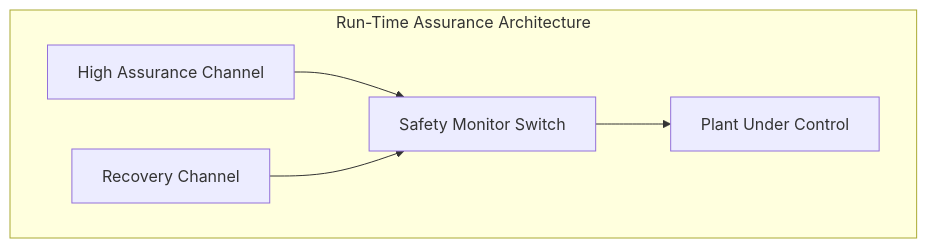
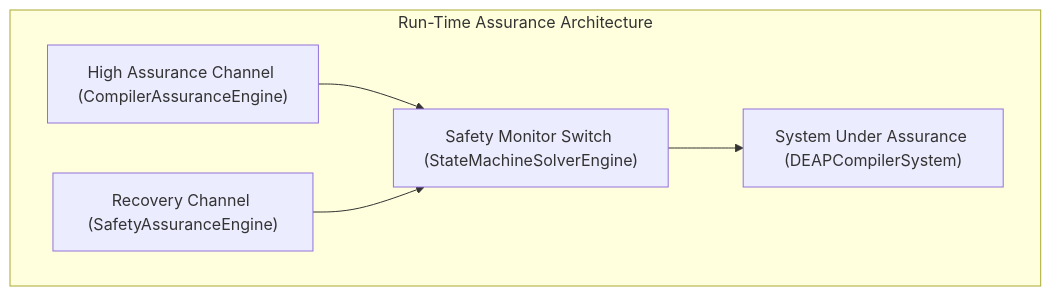
Before and after one commit to gintatkinson/dumpiler-01: the diagram in docs/safety/07_RTA_ARCHITECTURE.md, drawn with Mermaid. The commit also changed 90 other files, not shown here.

````diff
--- a/docs/safety/07_RTA_ARCHITECTURE.md
+++ b/docs/safety/07_RTA_ARCHITECTURE.md
@@ -5,8 +5,8 @@
 ```mermaid
 graph TD
     subgraph "Run-Time Assurance Architecture"
-        HAC["High Assurance Channel"] --> Switch["Safety Monitor Switch"]
-        RC["Recovery Channel"] --> Switch
-        Switch --> Plant["Plant Under Control"]
+        CompilerAssuranceEngine["High Assurance Channel (CompilerAssuranceEngine)"] --> StateMachineSolverEngine["Safety Monitor Switch (StateMachineSolverEngine)"]
+        SafetyAssuranceEngine["Recovery Channel (SafetyAssuranceEngine)"] --> StateMachineSolverEngine
+        StateMachineSolverEngine --> DEAPCompilerSystem["System Under Assurance (DEAPCompilerSystem)"]
     end
 ```
````
